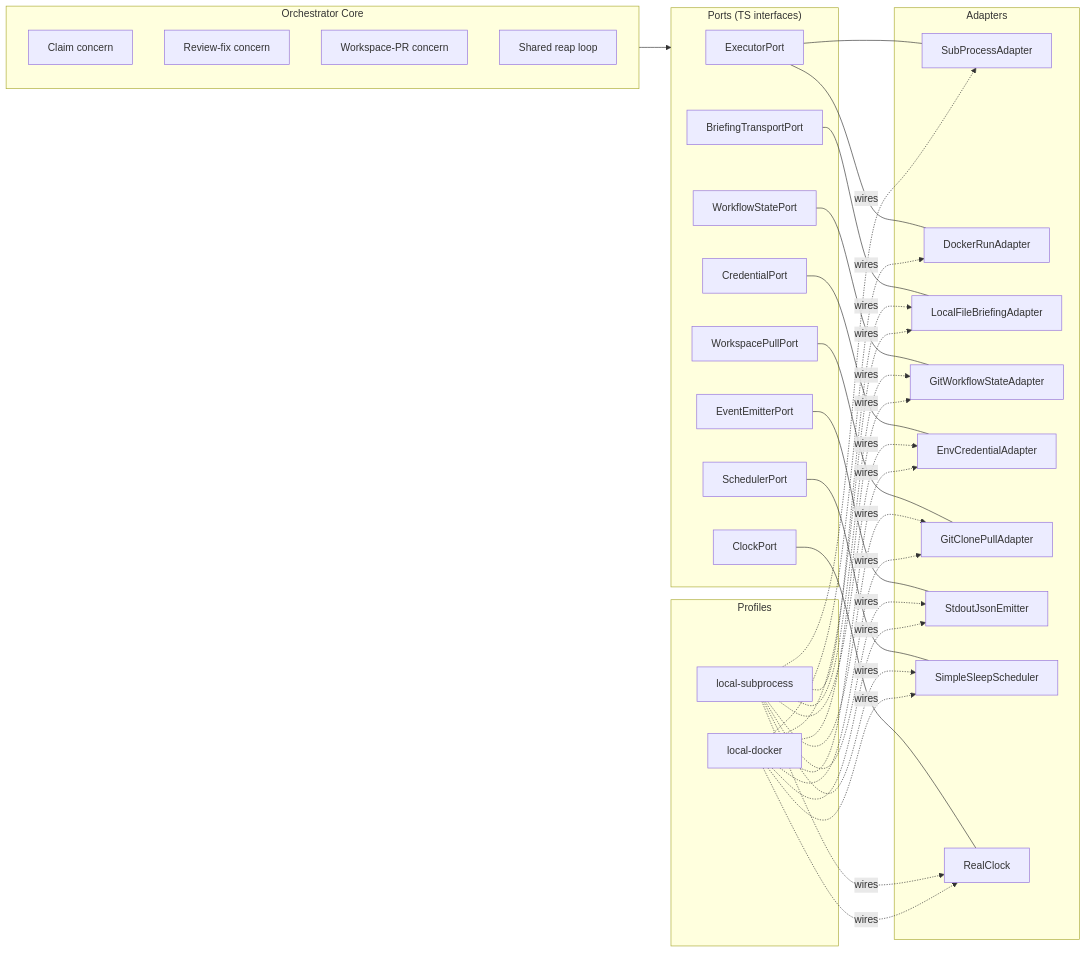
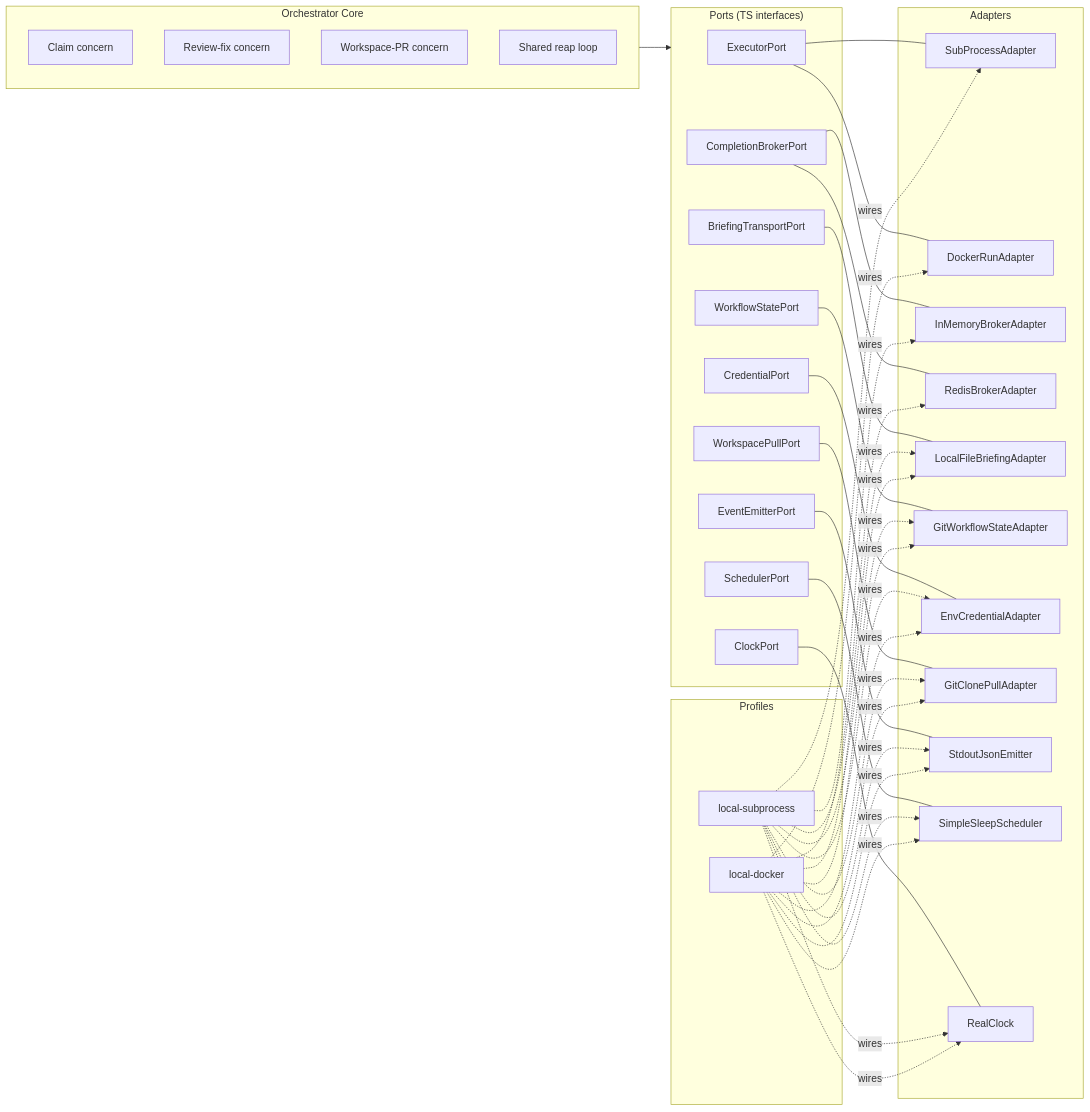
The diagram in docs/features/runtime-portable-architecture/technical-design.md (tiendv89/project-workspace), drawn with Mermaid before and after one commit. The commit also changed other lines of this file and 1 other file, not shown here.

````diff
--- a/docs/features/runtime-portable-architecture/technical-design.md
+++ b/docs/features/runtime-portable-architecture/technical-design.md
@@ -525,51 +613,57 @@
 ```mermaid
 flowchart LR
     subgraph Core["Orchestrator Core"]
         C1[Claim concern]
         C2[Review-fix concern]
         C3[Workspace-PR concern]
         C4[Shared reap loop]
     end
 
     subgraph Ports["Ports (TS interfaces)"]
         P1[ExecutorPort]
+        P9[CompletionBrokerPort]
         P2[BriefingTransportPort]
         P3[WorkflowStatePort]
         P4[CredentialPort]
         P5[WorkspacePullPort]
         P6[EventEmitterPort]
         P7[SchedulerPort]
         P8[ClockPort]
     end
 
     subgraph Adapters["Adapters"]
         A1a[SubProcessAdapter]
         A1b[DockerRunAdapter]
+        A9a[InMemoryBrokerAdapter]
+        A9b[RedisBrokerAdapter]
         A2[LocalFileBriefingAdapter]
         A3[GitWorkflowStateAdapter]
         A4[EnvCredentialAdapter]
         A5[GitClonePullAdapter]
         A6[StdoutJsonEmitter]
         A7[SimpleSleepScheduler]
         A8[RealClock]
     end
 
     subgraph Profiles["Profiles"]
         PF1[local-subprocess]
         PF2[local-docker]
     end
 
     Core --> Ports
     P1 --- A1a & A1b
+    P9 --- A9a & A9b
     P2 --- A2
     P3 --- A3
     P4 --- A4
     P5 --- A5
     P6 --- A6
     P7 --- A7
     P8 --- A8
     PF1 -. wires .-> A1a
+    PF1 -. wires .-> A9a
     PF1 -. wires .-> A2 & A3 & A4 & A5 & A6 & A7 & A8
     PF2 -. wires .-> A1b
+    PF2 -. wires .-> A9b
     PF2 -. wires .-> A2 & A3 & A4 & A5 & A6 & A7 & A8
 ```
````
